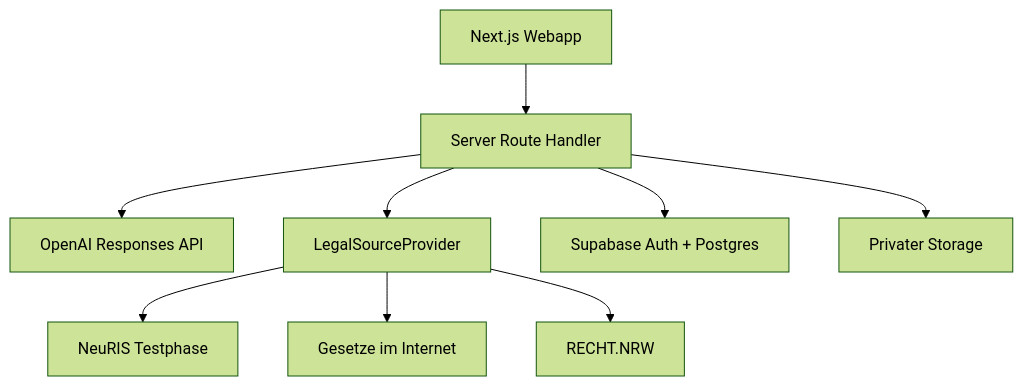
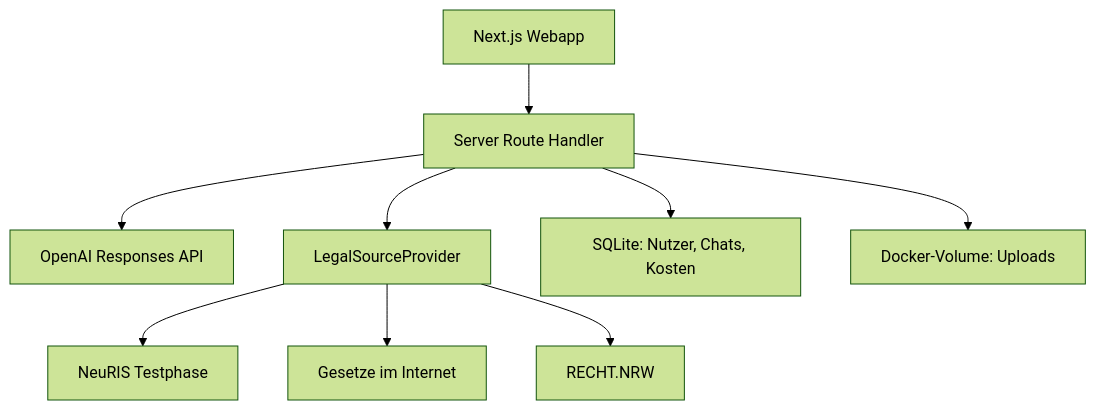
The diagram in docs/ARCHITECTURE.md (Konstantin-source/jura_agent), drawn with Mermaid (forest theme) before and after one commit. The commit also changed other lines of this file and 58 other files, not shown here.

Commit message:
feat: replace Supabase with local SQLite storage

````diff
--- a/docs/ARCHITECTURE.md
+++ b/docs/ARCHITECTURE.md
@@ -7,11 +7,11 @@
 ```mermaid
 flowchart TD
   UI[Next.js Webapp] --> API[Server Route Handler]
   API --> AI[OpenAI Responses API]
   API --> LP[LegalSourceProvider]
-  API --> DB[Supabase Auth + Postgres]
-  API --> FS[Privater Storage]
+  API --> DB[SQLite: Nutzer, Chats, Kosten]
+  API --> FS[Docker-Volume: Uploads]
   LP --> N[NeuRIS Testphase]
   LP --> B[Gesetze im Internet]
   LP --> R[RECHT.NRW]
 ```
````
